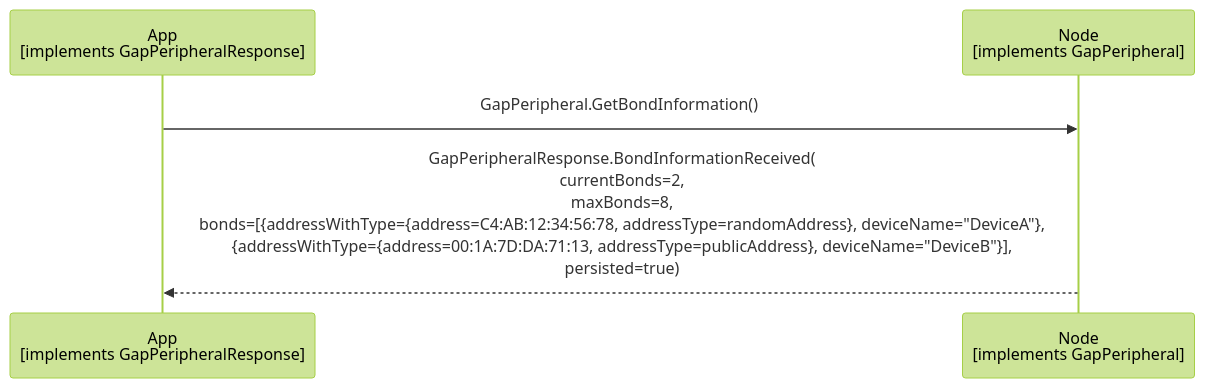
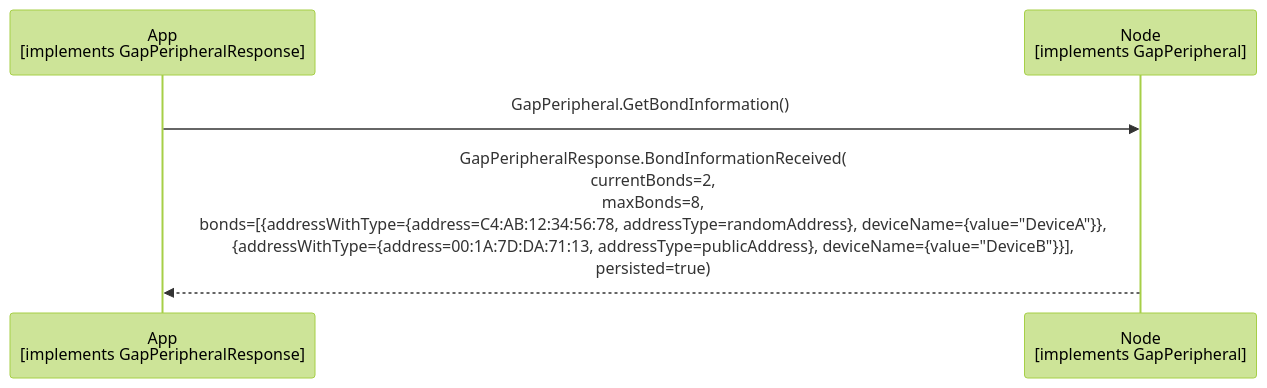
One commit to philips-software/amp-embedded-infra-lib changed the diagram in documents/modules/ROOT/partials/echoservices/gap_peripheral/GapPeripheral_GetBondInformation_sequence.mmd. Above: the diagram before and after it, drawn with Mermaid (forest theme). The commit also changed 15 other files, not shown here.

First line of the commit message:
feat: add SetDeviceName to Gap (#1369)

```diff
--- a/documents/modules/ROOT/partials/echoservices/gap_peripheral/GapPeripheral_GetBondInformation_sequence.mmd
+++ b/documents/modules/ROOT/partials/echoservices/gap_peripheral/GapPeripheral_GetBondInformation_sequence.mmd
@@ -1,5 +1,5 @@
 sequenceDiagram
     participant App as App<br>[implements GapPeripheralResponse]
     participant Node as Node<br>[implements GapPeripheral]
     App->>Node: GapPeripheral.GetBondInformation()
-    Node-->>App: GapPeripheralResponse.BondInformationReceived(<br>currentBonds=2,<br>maxBonds=8,<br>bonds=[{addressWithType={address=C4:AB:12:34:56:78, addressType=randomAddress}, deviceName="DeviceA"},<br>{addressWithType={address=00:1A:7D:DA:71:13, addressType=publicAddress}, deviceName="DeviceB"}],<br>persisted=true)
+    Node-->>App: GapPeripheralResponse.BondInformationReceived(<br>currentBonds=2,<br>maxBonds=8,<br>bonds=[{addressWithType={address=C4:AB:12:34:56:78, addressType=randomAddress}, deviceName={value="DeviceA"}},<br>{addressWithType={address=00:1A:7D:DA:71:13, addressType=publicAddress}, deviceName={value="DeviceB"}}],<br>persisted=true)
```
